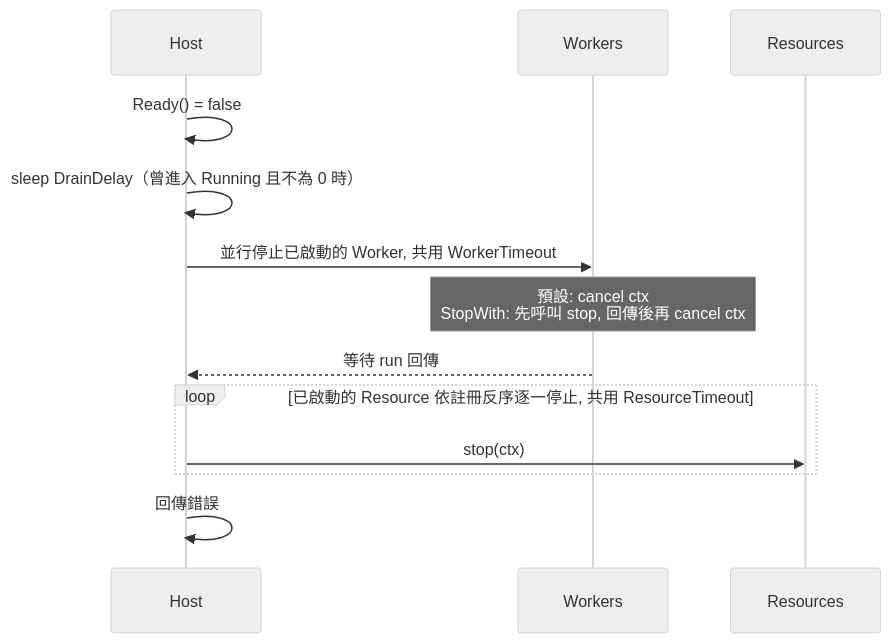
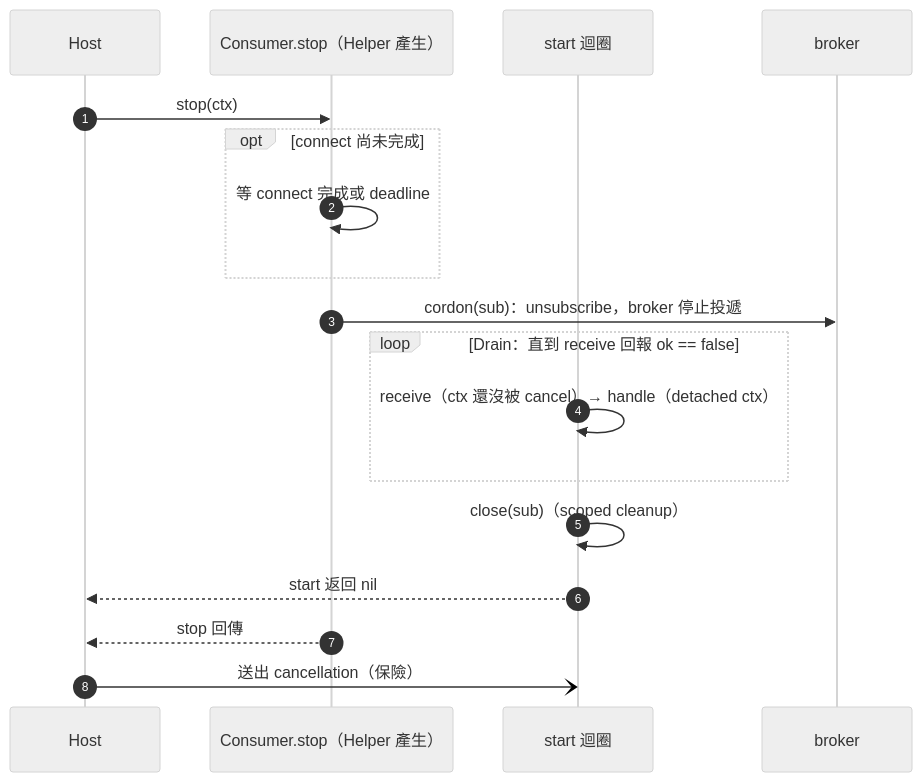
Before and after one commit to KScaesar/system_design: diagram 15 of 21 in app_lifecycle.md, drawn with Mermaid (neutral theme). The commit also changed other lines of this file, not shown here.

````diff
--- a/app_lifecycle.md
+++ b/app_lifecycle.md
@@ -280,15 +703,21 @@
 ```mermaid
 sequenceDiagram
-    participant A as Host
-    participant W as Workers
-    participant R as Resources
-    A->>A: Ready() = false
-    A->>A: sleep DrainDelay（曾進入 Running 且不為 0 時）
-    A->>W: 並行停止已啟動的 Worker, 共用 WorkerTimeout
-    Note over W: 預設: cancel ctx<br/>StopWith: 先呼叫 stop, 回傳後再 cancel ctx
-    W-->>A: 等待 run 回傳
-    loop 已啟動的 Resource 依註冊反序逐一停止, 共用 ResourceTimeout
-        A->>R: stop(ctx)
+    autonumber
+    participant H as Host
+    participant StopFn as Consumer.stop（Helper 產生）
+    participant Lp as start 迴圈
+    participant B as broker
+
+    H->>StopFn: stop(ctx)
+    opt connect 尚未完成
+        StopFn->>StopFn: 等 connect 完成或 deadline
     end
-    A->>A: 回傳錯誤
+    StopFn->>B: cordon(sub)：unsubscribe，broker 停止投遞
+    loop Drain：直到 receive 回報 ok == false
+        Lp->>Lp: receive（ctx 還沒被 cancel）→ handle（detached ctx）
+    end
+    Lp->>Lp: close(sub)（scoped cleanup）
+    Lp-->>H: start 返回 nil
+    StopFn-->>H: stop 回傳
+    H-)Lp: 送出 cancellation（保險）
 ```
````
